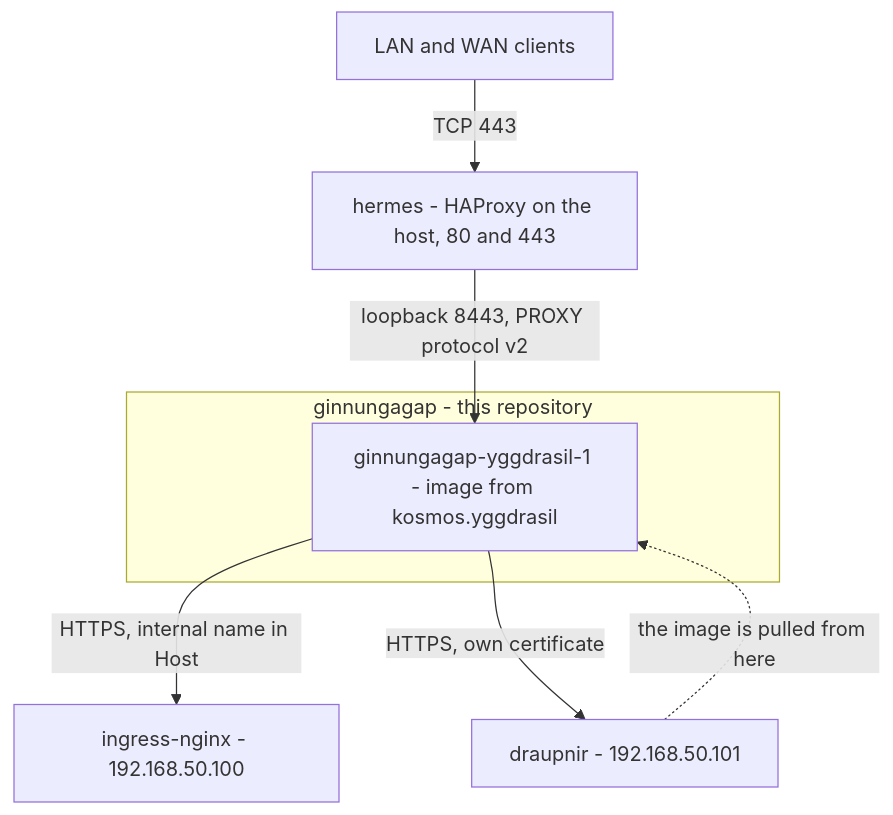
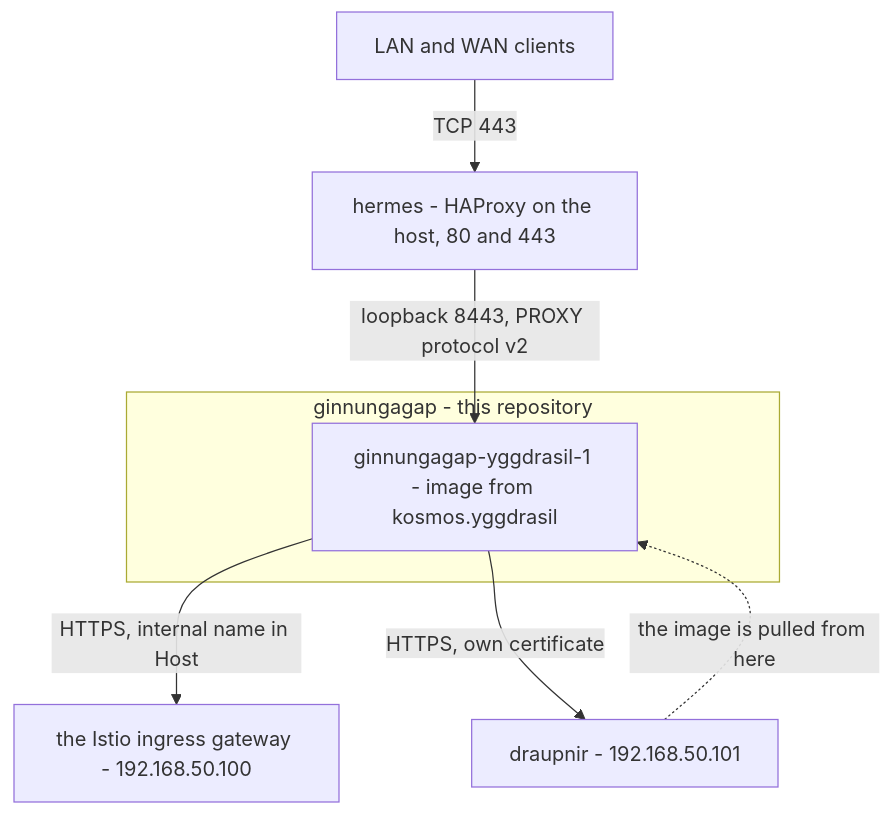
Before and after one commit to canunu/kosmos.ginnungagap: the diagram in README.md, drawn with Mermaid. The commit also changed other lines of this file and 2 other files, not shown here.

````diff
--- a/README.md
+++ b/README.md
@@ -11,18 +11,18 @@
 ```mermaid
 graph TD
     CLIENT["LAN and WAN clients"]
     HERMES["hermes - HAProxy on the host, 80 and 443"]
 
     subgraph GAP["ginnungagap - this repository"]
         YGG["ginnungagap-yggdrasil-1 - image from kosmos.yggdrasil"]
     end
 
-    INGRESS["ingress-nginx - 192.168.50.100"]
+    GATEWAY["the Istio ingress gateway - 192.168.50.100"]
     DRAUPNIR["draupnir - 192.168.50.101"]
 
     CLIENT -->|"TCP 443"| HERMES
     HERMES -->|"loopback 8443, PROXY protocol v2"| YGG
-    YGG -->|"HTTPS, internal name in Host"| INGRESS
+    YGG -->|"HTTPS, internal name in Host"| GATEWAY
     YGG -->|"HTTPS, own certificate"| DRAUPNIR
     DRAUPNIR -.->|"the image is pulled from here"| YGG
 ```
````
